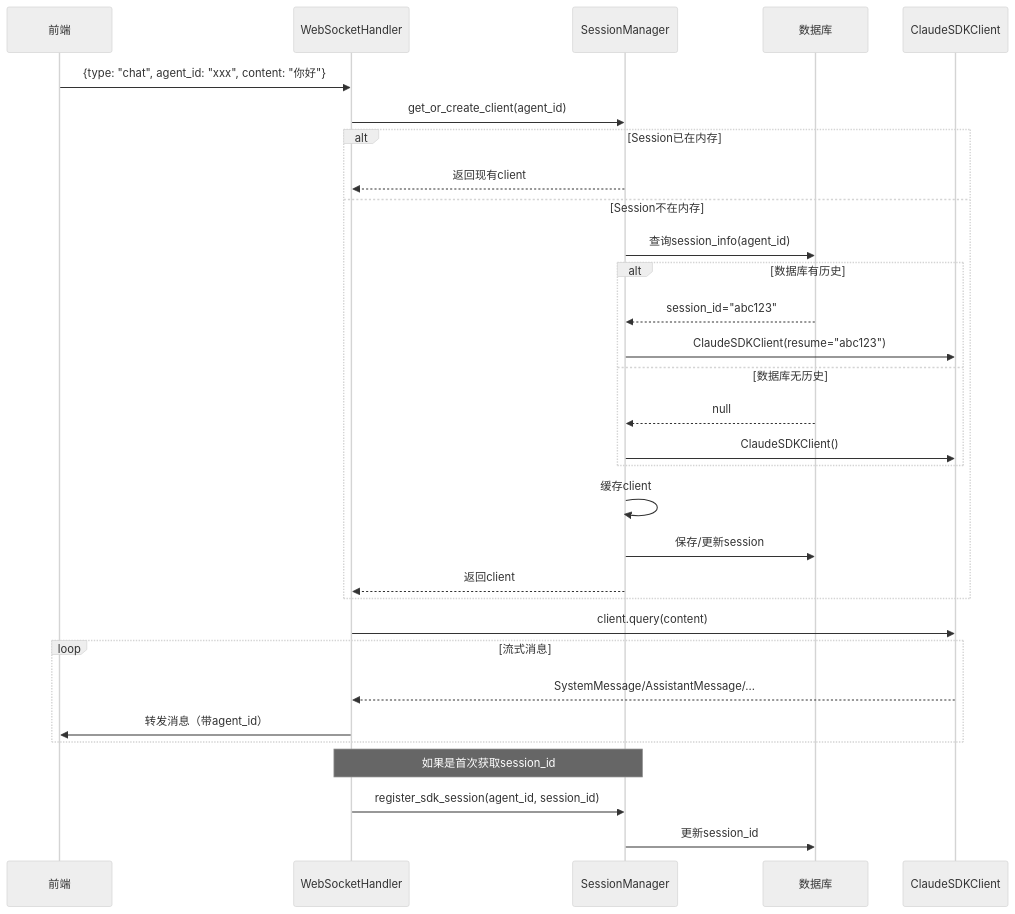
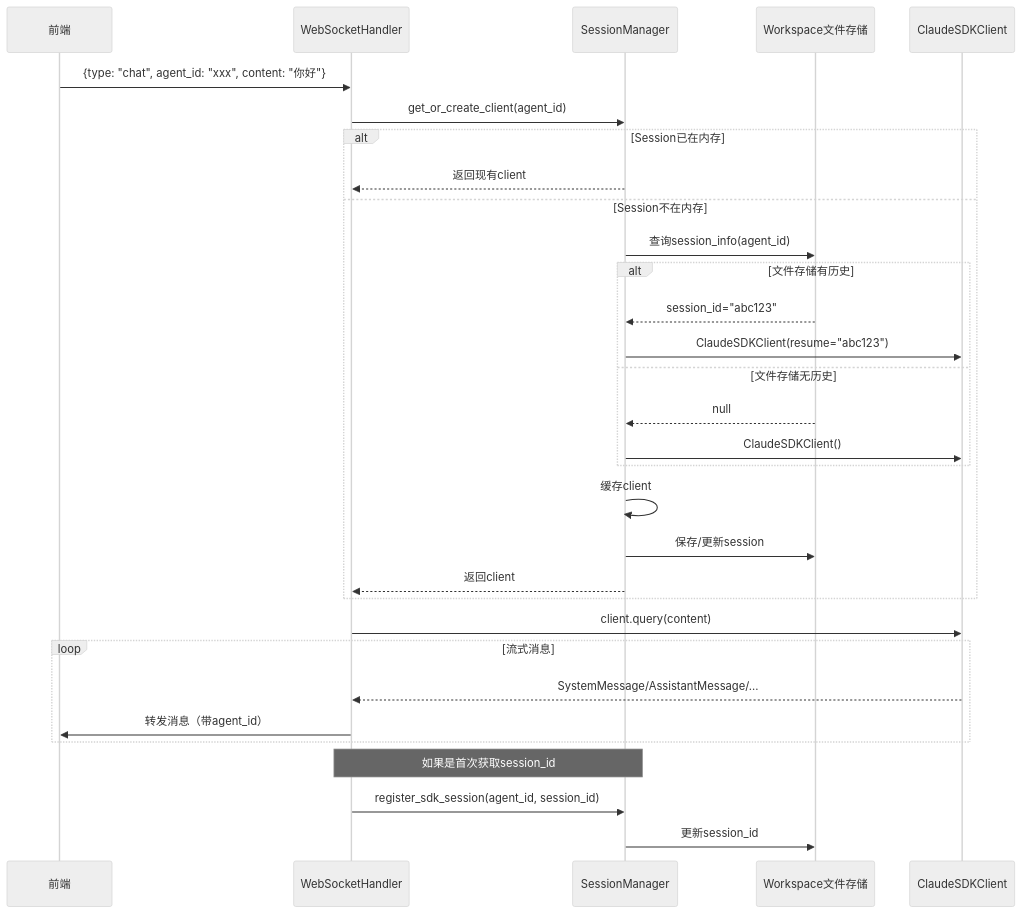
One commit to leemysw/agent-kit changed the second of 4 diagrams in docs/websocket-session-flow.md. Above: the diagram before and after it, drawn with Mermaid (neutral theme). The commit also changed other lines of this file and 21 other files, not shown here.

````diff
--- a/docs/websocket-session-flow.md
+++ b/docs/websocket-session-flow.md
@@ -39,41 +39,41 @@
 ```mermaid
 sequenceDiagram
     participant Frontend as 前端
     participant WebSocket as WebSocketHandler
     participant SessionManager as SessionManager
-    participant Database as 数据库
+    participant Storage as Workspace文件存储
     participant SDK as ClaudeSDKClient
 
     Frontend->>WebSocket: {type: "chat", agent_id: "xxx", content: "你好"}
     
     WebSocket->>SessionManager: get_or_create_client(agent_id)
     
     alt Session已在内存
         SessionManager-->>WebSocket: 返回现有client
     else Session不在内存
-        SessionManager->>Database: 查询session_info(agent_id)
+        SessionManager->>Storage: 查询session_info(agent_id)
         
-        alt 数据库有历史
-            Database-->>SessionManager: session_id="abc123"
+        alt 文件存储有历史
+            Storage-->>SessionManager: session_id="abc123"
             SessionManager->>SDK: ClaudeSDKClient(resume="abc123")
-        else 数据库无历史
-            Database-->>SessionManager: null
+        else 文件存储无历史
+            Storage-->>SessionManager: null
             SessionManager->>SDK: ClaudeSDKClient()
         end
         
         SessionManager->>SessionManager: 缓存client
-        SessionManager->>Database: 保存/更新session
+        SessionManager->>Storage: 保存/更新session
         SessionManager-->>WebSocket: 返回client
     end
     
     WebSocket->>SDK: client.query(content)
     
     loop 流式消息
         SDK-->>WebSocket: SystemMessage/AssistantMessage/...
         WebSocket->>Frontend: 转发消息（带agent_id）
     end
     
     Note over WebSocket,SessionManager: 如果是首次获取session_id
     WebSocket->>SessionManager: register_sdk_session(agent_id, session_id)
-    SessionManager->>Database: 更新session_id
+    SessionManager->>Storage: 更新session_id
 ```
````
